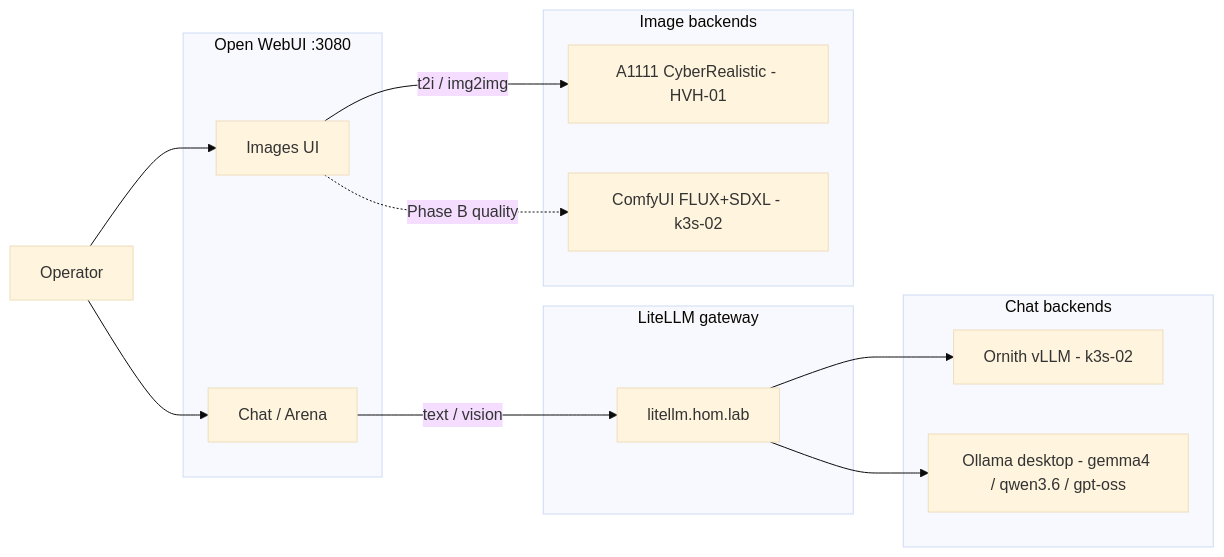
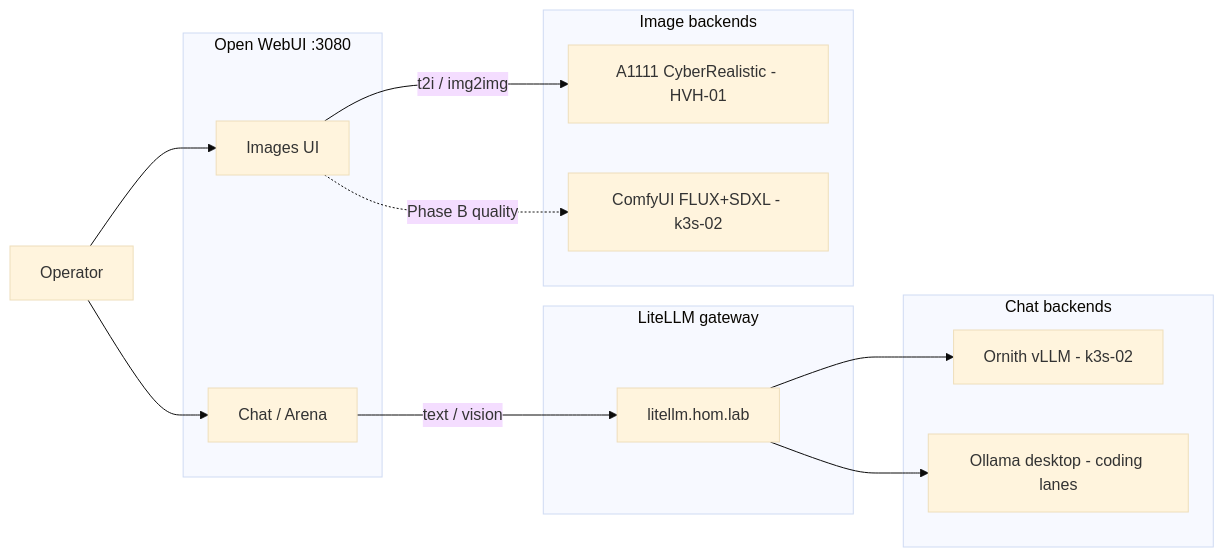
Before and after one commit to doesitscript/dotfile-vnext: the diagram in docs/reference/local-ai-chat-and-image-stack.md, drawn with Mermaid (base theme). The commit also changed other lines of this file and 20 other files, not shown here.

````diff
--- a/docs/reference/local-ai-chat-and-image-stack.md
+++ b/docs/reference/local-ai-chat-and-image-stack.md
@@ -49,31 +52,31 @@
 ```mermaid
 flowchart LR
   user[Operator]
 
   subgraph ui ["Open WebUI :3080"]
     chat["Chat / Arena"]
     images["Images UI"]
   end
 
   subgraph gw ["LiteLLM gateway"]
     litellm["litellm.hom.lab"]
   end
 
   subgraph chat_backends ["Chat backends"]
     ornith["Ornith vLLM - k3s-02"]
-    ollama["Ollama desktop - gemma4 / qwen3.6 / gpt-oss"]
+    ollama["Ollama desktop - coding lanes"]
   end
 
   subgraph img ["Image backends"]
     a1111["A1111 CyberRealistic - HVH-01"]
     comfy["ComfyUI FLUX+SDXL - k3s-02"]
   end
 
   user --> chat
   user --> images
   chat -->|"text / vision"| litellm
   litellm --> ornith
   litellm --> ollama
   images -->|"t2i / img2img"| a1111
   images -.->|"Phase B quality"| comfy
 ```
````
